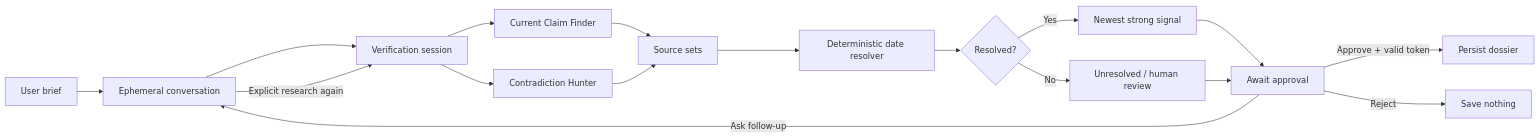
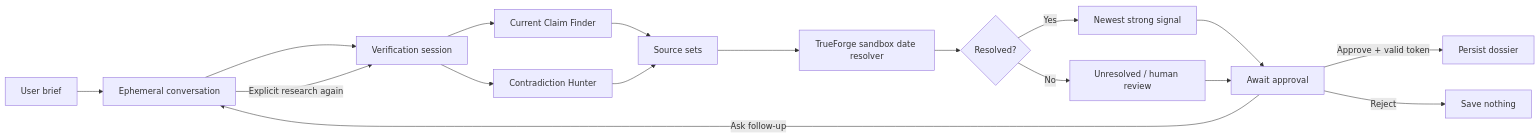
Before and after one commit to Reet24-del/the-verifier: the diagram in README.md, drawn with Mermaid. The commit also changed other lines of this file and 23 other files, not shown here.

Commit message:
Complete verified TrueForge sandbox rehearsal

````diff
--- a/README.md
+++ b/README.md
@@ -38,19 +41,19 @@
 ```mermaid
 flowchart LR
     A[User brief] --> B[Ephemeral conversation]
     B --> M[Verification session]
     M --> C[Current Claim Finder]
     M --> D[Contradiction Hunter]
     C --> E[Source sets]
     D --> E
-    E --> F[Deterministic date resolver]
+    E --> F[TrueForge sandbox date resolver]
     F --> G{Resolved?}
     G -->|Yes| H[Newest strong signal]
     G -->|No| I[Unresolved / human review]
     H --> J[Await approval]
     I --> J
     J -->|Ask follow-up| B
     B -->|Explicit research again| M
     J -->|Approve + valid token| K[Persist dossier]
     J -->|Reject| L[Save nothing]
 ```
````
